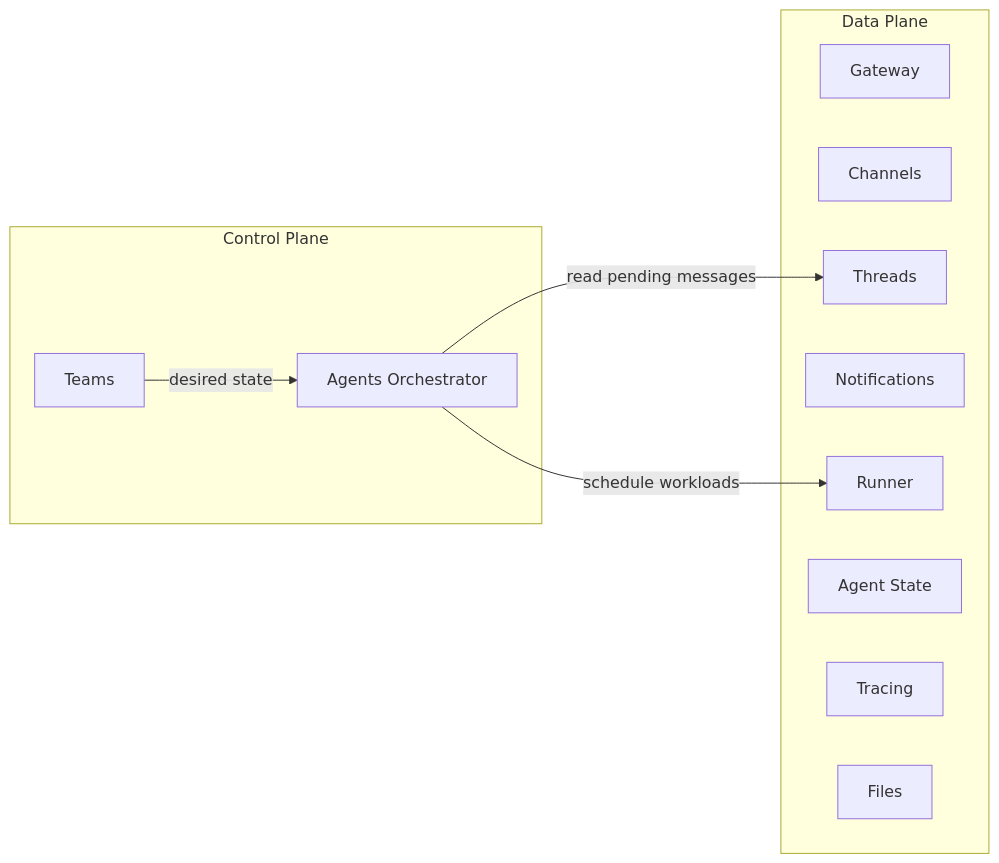
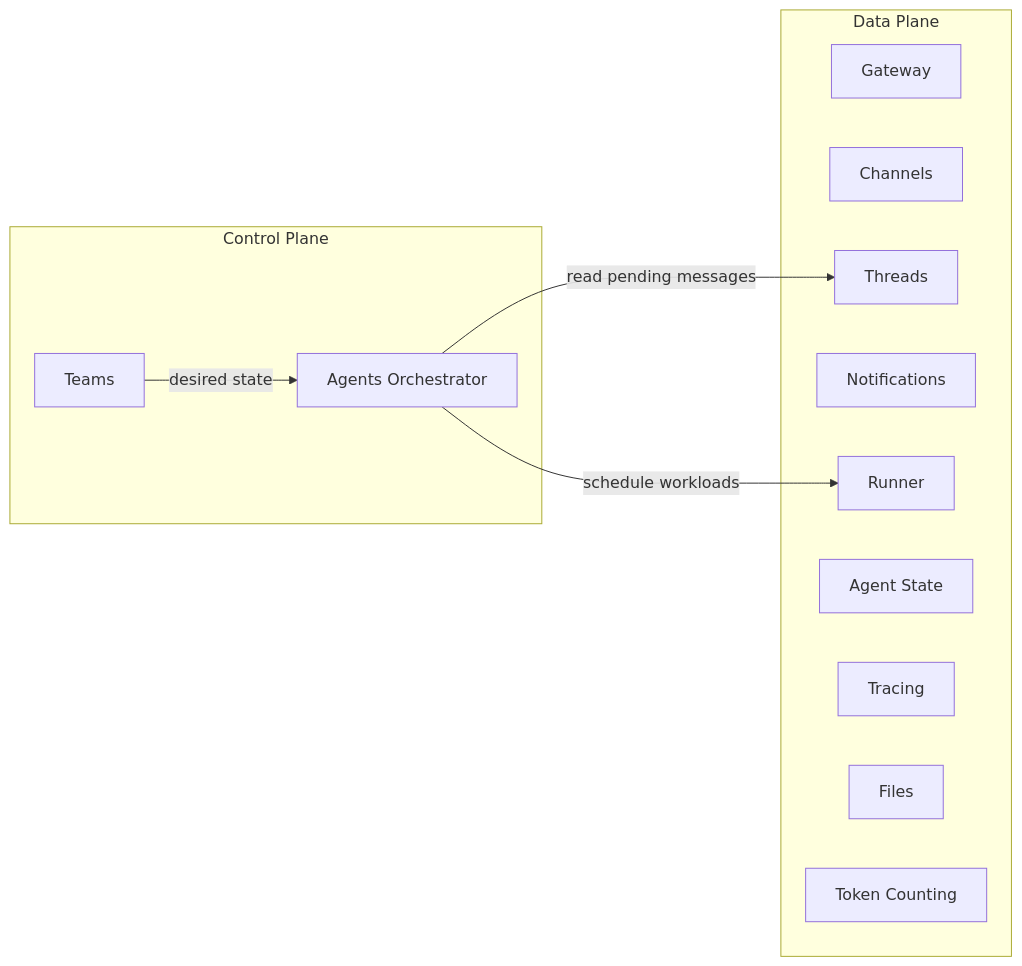
The first of 2 diagrams in architecture/control-data-plane.md (agynio/architecture), drawn with Mermaid before and after one commit. The commit also changed other lines of this file and 5 other files, not shown here.

First line of the commit message:
Add Token Counting service, resolve context size open question

````diff
--- a/architecture/control-data-plane.md
+++ b/architecture/control-data-plane.md
@@ -21,22 +21,23 @@
 ```mermaid
 graph LR
     subgraph Control Plane
         Teams
         AgentsOrch[Agents Orchestrator]
     end
 
     subgraph Data Plane
         Gateway
         Channels
         Threads
         Notifications
         Runner
         AgentState[Agent State]
         Tracing
         Files
+        TokenCounting[Token Counting]
     end
 
     Teams -->|desired state| AgentsOrch
     AgentsOrch -->|schedule workloads| Runner
     AgentsOrch -->|read pending messages| Threads
 ```
````
